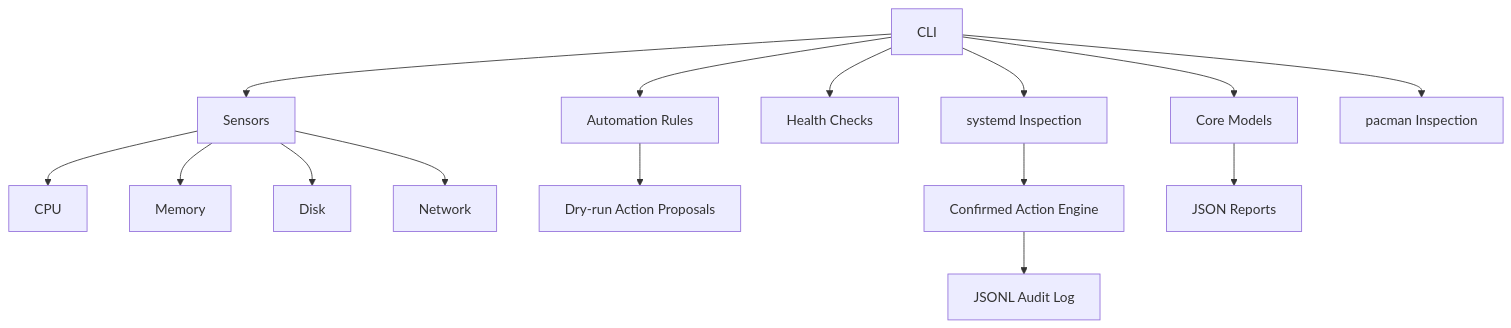
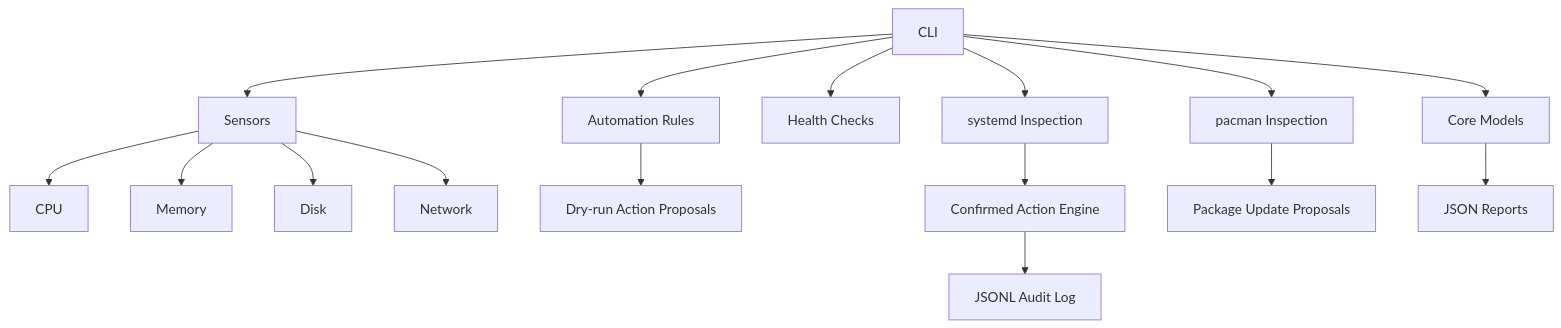
One commit to UseBrainNoL0ve/nexus changed the diagram in README.md. Above: the diagram before and after it, drawn with Mermaid. The commit also changed other lines of this file, not shown here.

Commit message:
docs: document package update planning

````diff
--- a/README.md
+++ b/README.md
@@ -29,17 +30,18 @@
 ```mermaid
 flowchart TD
     CLI[CLI] --> CORE[Core Models]
     CLI --> SENSORS[Sensors]
     CLI --> DOCTOR[Health Checks]
     CLI --> RULES[Automation Rules]
     CLI --> SYSTEMD[systemd Inspection]
     CLI --> PACMAN[pacman Inspection]
     SENSORS --> CPU[CPU]
     SENSORS --> MEM[Memory]
     SENSORS --> DISK[Disk]
     SENSORS --> NET[Network]
     RULES --> PLAN[Dry-run Action Proposals]
     SYSTEMD --> ACTIONS[Confirmed Action Engine]
+    PACMAN --> PACKAGE_PLAN[Package Update Proposals]
     ACTIONS --> AUDIT[JSONL Audit Log]
     CORE --> REPORT[JSON Reports]
 ```
````
